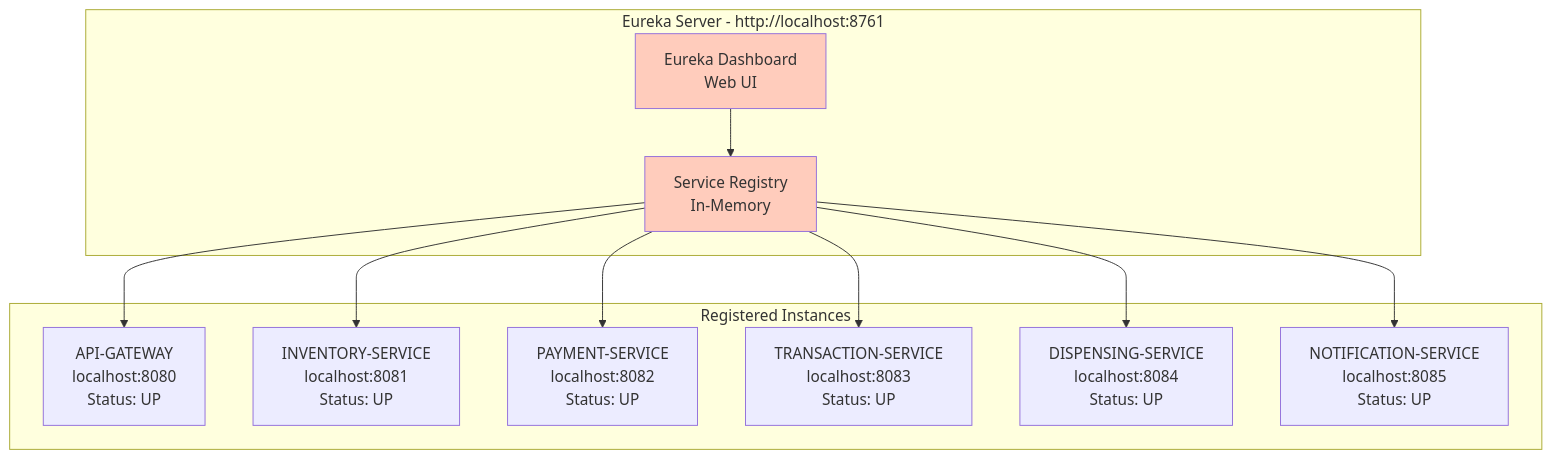
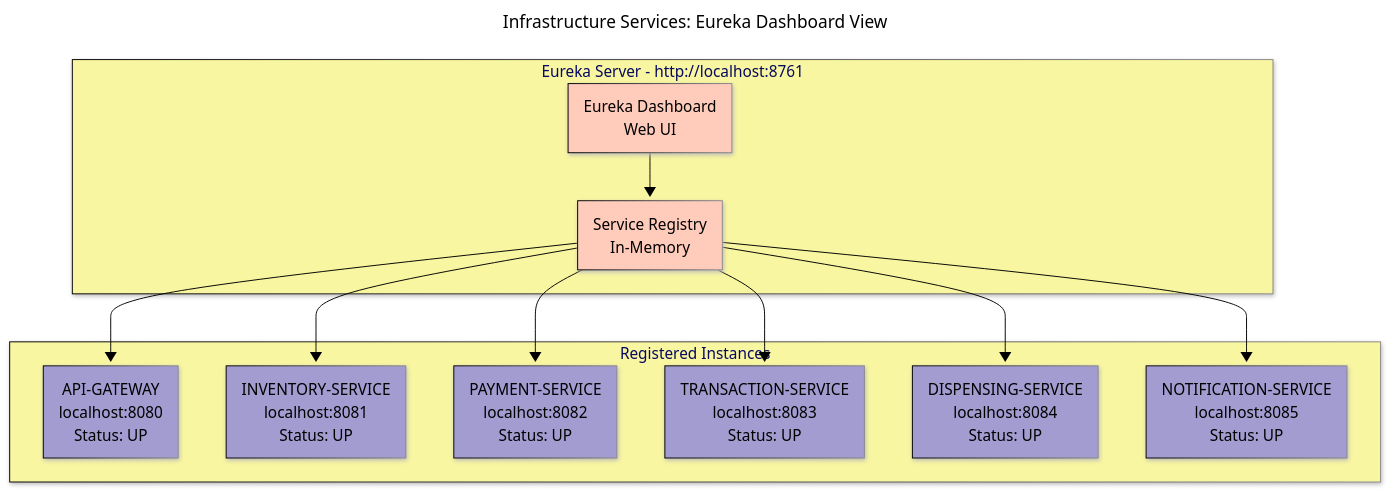
The fifth of 8 diagrams in Documentation/diagrams/infrastructure-services.md (BrunoGil-AS/Vending-Machine-Microservices), drawn with Mermaid before and after one commit. The commit also changed other lines of this file and 7 other files, not shown here.

Commit message:
docs: Update service diagrams with new configurations and titles

````diff
--- a/Documentation/diagrams/infrastructure-services.md
+++ b/Documentation/diagrams/infrastructure-services.md
@@ -206,28 +262,42 @@
 ```mermaid
+---
+config:
+  theme: base
+  themeVariables:
+    primaryColor: '#a39cd1ff'
+    primaryTextColor: '#000000'
+    secondaryTextColor: '#ffffffff'
+    primaryBorderColor: '#000000'
+    lineColor: '#000000ff'
+    secondaryColor: '#90b590ff'
+    tertiaryColor: '#f9f6a1ff'
+  look: neo
+title: 'Infrastructure Services: Eureka Dashboard View'
+---
 graph TB
     subgraph "Eureka Server - http://localhost:8761"
         DASHBOARD[Eureka Dashboard<br/>Web UI]
         REGISTRY[Service Registry<br/>In-Memory]
     end
 
     subgraph "Registered Instances"
         GATEWAY_INST[API-GATEWAY<br/>localhost:8080<br/>Status: UP]
         INV_INST[INVENTORY-SERVICE<br/>localhost:8081<br/>Status: UP]
         PAY_INST[PAYMENT-SERVICE<br/>localhost:8082<br/>Status: UP]
         TRANS_INST[TRANSACTION-SERVICE<br/>localhost:8083<br/>Status: UP]
         DISP_INST[DISPENSING-SERVICE<br/>localhost:8084<br/>Status: UP]
         NOTIF_INST[NOTIFICATION-SERVICE<br/>localhost:8085<br/>Status: UP]
     end
 
     DASHBOARD --> REGISTRY
 
     REGISTRY --> GATEWAY_INST
     REGISTRY --> INV_INST
     REGISTRY --> PAY_INST
     REGISTRY --> TRANS_INST
     REGISTRY --> DISP_INST
     REGISTRY --> NOTIF_INST
 
     style DASHBOARD fill:#ffccbc
     style REGISTRY fill:#ffccbc
 ```
````
